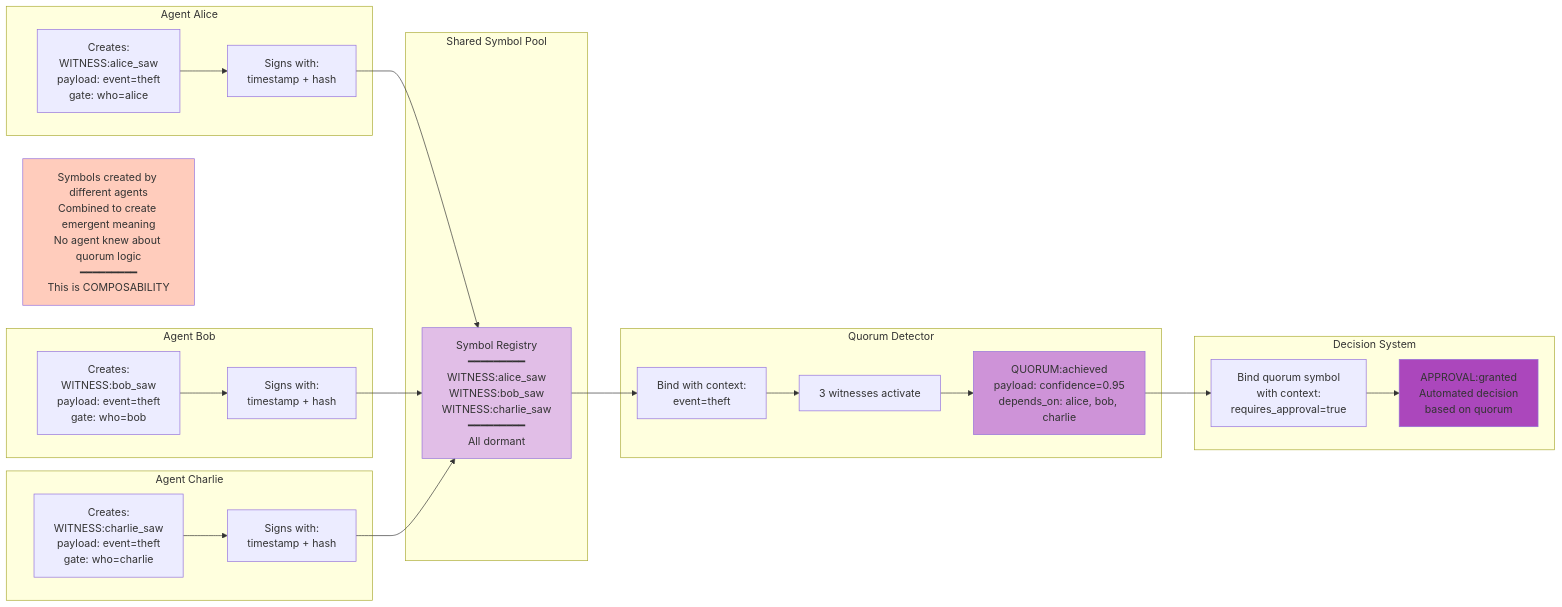
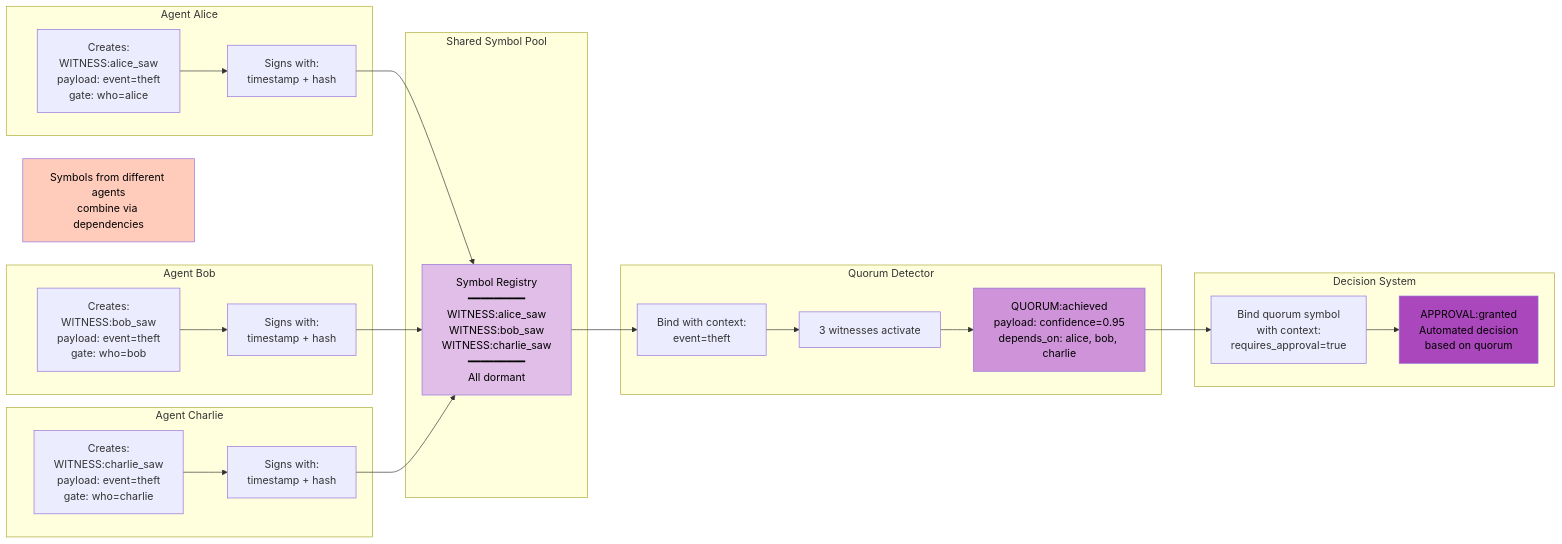
The third of 3 diagrams in docs/diagrams/advanced-patterns.md (bindlang/bindlang), drawn with Mermaid before and after one commit. The commit also changed other lines of this file and 7 other files, not shown here.

Commit message:
Clean up documentation and fix diagram rendering

````diff
--- a/docs/diagrams/advanced-patterns.md
+++ b/docs/diagrams/advanced-patterns.md
@@ -155,54 +102,54 @@
 ```mermaid
 graph LR
     subgraph "Agent Alice"
         A_Create["Creates:<br/>WITNESS:alice_saw<br/>payload: event=theft<br/>gate: who=alice"]
         A_Sign["Signs with:<br/>timestamp + hash"]
     end
 
     subgraph "Shared Symbol Pool"
         Pool["Symbol Registry<br/>━━━━━━━━━<br/>WITNESS:alice_saw<br/>WITNESS:bob_saw<br/>WITNESS:charlie_saw<br/>━━━━━━━━━<br/>All dormant"]
     end
 
     subgraph "Agent Bob"
         B_Create["Creates:<br/>WITNESS:bob_saw<br/>payload: event=theft<br/>gate: who=bob"]
         B_Sign["Signs with:<br/>timestamp + hash"]
     end
 
     subgraph "Agent Charlie"
         C_Create["Creates:<br/>WITNESS:charlie_saw<br/>payload: event=theft<br/>gate: who=charlie"]
         C_Sign["Signs with:<br/>timestamp + hash"]
     end
 
     subgraph "Quorum Detector"
         Q1["Bind with context:<br/>event=theft"]
         Q2["3 witnesses activate"]
         Q3["QUORUM:achieved<br/>payload: confidence=0.95<br/>depends_on: alice, bob, charlie"]
     end
 
     subgraph "Decision System"
         D1["Bind quorum symbol<br/>with context:<br/>requires_approval=true"]
         D2["APPROVAL:granted<br/>Automated decision<br/>based on quorum"]
     end
 
     A_Create --> A_Sign
     B_Create --> B_Sign
     C_Create --> C_Sign
 
     A_Sign --> Pool
     B_Sign --> Pool
     C_Sign --> Pool
 
     Pool --> Q1
     Q1 --> Q2
     Q2 --> Q3
 
     Q3 --> D1
     D1 --> D2
 
-    Note3["Symbols created by different agents<br/>Combined to create emergent meaning<br/>No agent knew about quorum logic<br/>━━━━━━━━━<br/>This is COMPOSABILITY"]
+    Note3["Symbols from different agents<br/>combine via dependencies"]
 
-    style Pool fill:#E1BEE7
-    style Q3 fill:#CE93D8
-    style D2 fill:#AB47BC
-    style Note3 fill:#FFCCBC
+    style Pool fill:#E1BEE7,color:#000
+    style Q3 fill:#CE93D8,color:#000
+    style D2 fill:#AB47BC,color:#000
+    style Note3 fill:#FFCCBC,color:#000
 ```
````
